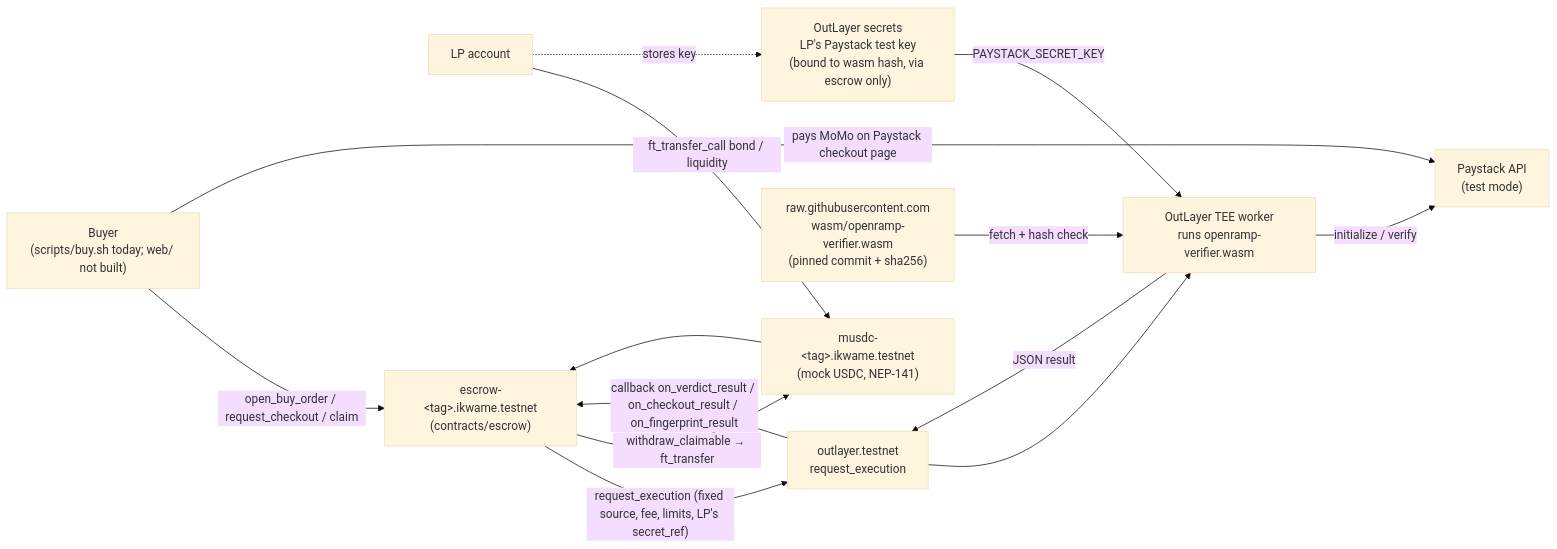
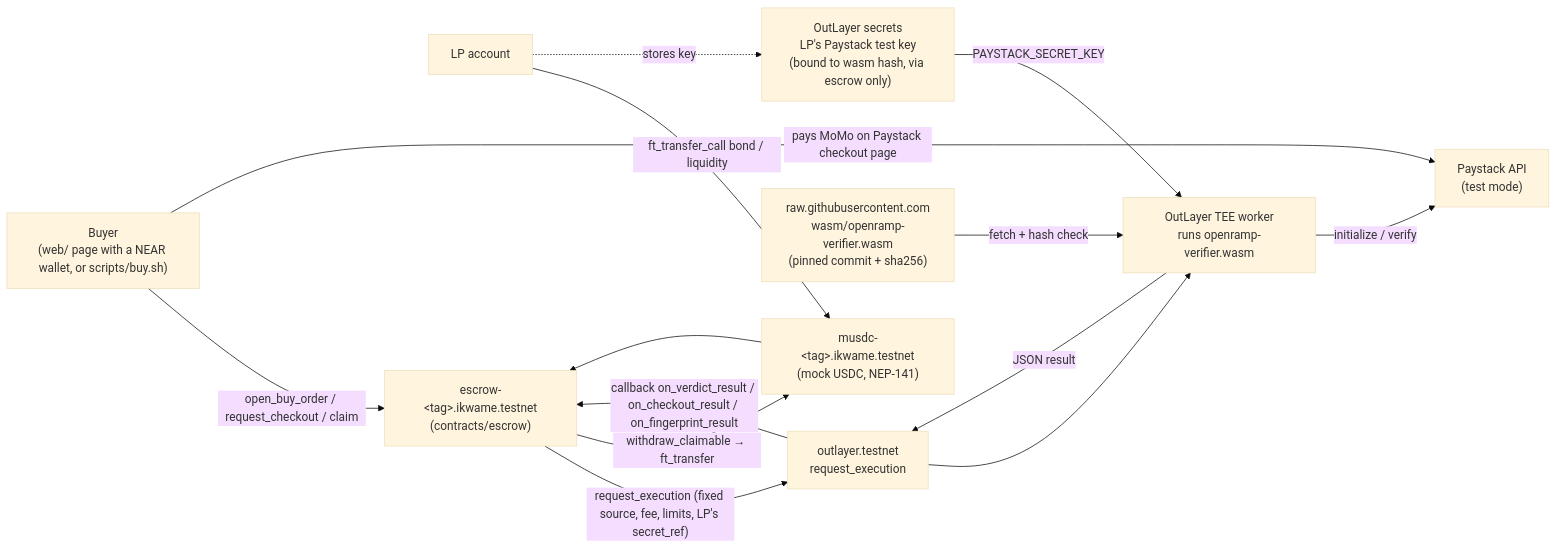
The diagram in docs/PROJECT_HISTORY.md (Ikwame91/near-momo-p2p), drawn with Mermaid (base theme) before and after one commit. The commit also changed other lines of this file and 20 other files, not shown here.

Commit message:
Web buyer page: wallet login, open order, Paystack link, check payment, withdraw

````diff
--- a/docs/PROJECT_HISTORY.md
+++ b/docs/PROJECT_HISTORY.md
@@ -79,25 +88,25 @@
 ```mermaid
 flowchart LR
-    Buyer["Buyer<br/>(scripts/buy.sh today; web/ not built)"]
+    Buyer["Buyer<br/>(web/ page with a NEAR wallet, or scripts/buy.sh)"]
     LP["LP account"]
     Escrow["escrow-&lt;tag&gt;.ikwame.testnet<br/>(contracts/escrow)"]
     Token["musdc-&lt;tag&gt;.ikwame.testnet<br/>(mock USDC, NEP-141)"]
     OL["outlayer.testnet<br/>request_execution"]
     TEE["OutLayer TEE worker<br/>runs openramp-verifier.wasm"]
     GH["raw.githubusercontent.com<br/>wasm/openramp-verifier.wasm<br/>(pinned commit + sha256)"]
     Secrets["OutLayer secrets<br/>LP's Paystack test key<br/>(bound to wasm hash, via escrow only)"]
     PS["Paystack API<br/>(test mode)"]
 
     LP -- "ft_transfer_call bond / liquidity" --> Token --> Escrow
     LP -. "stores key" .-> Secrets
     Buyer -- "open_buy_order / request_checkout / claim" --> Escrow
     Escrow -- "request_execution (fixed source, fee, limits, LP's secret_ref)" --> OL
     OL --> TEE
     GH -- "fetch + hash check" --> TEE
     Secrets -- "PAYSTACK_SECRET_KEY" --> TEE
     TEE -- "initialize / verify" --> PS
     TEE -- "JSON result" --> OL
     OL -- "callback on_verdict_result / on_checkout_result / on_fingerprint_result" --> Escrow
     Buyer -- "pays MoMo on Paystack checkout page" --> PS
     Escrow -- "withdraw_claimable → ft_transfer" --> Token
 ```
````
